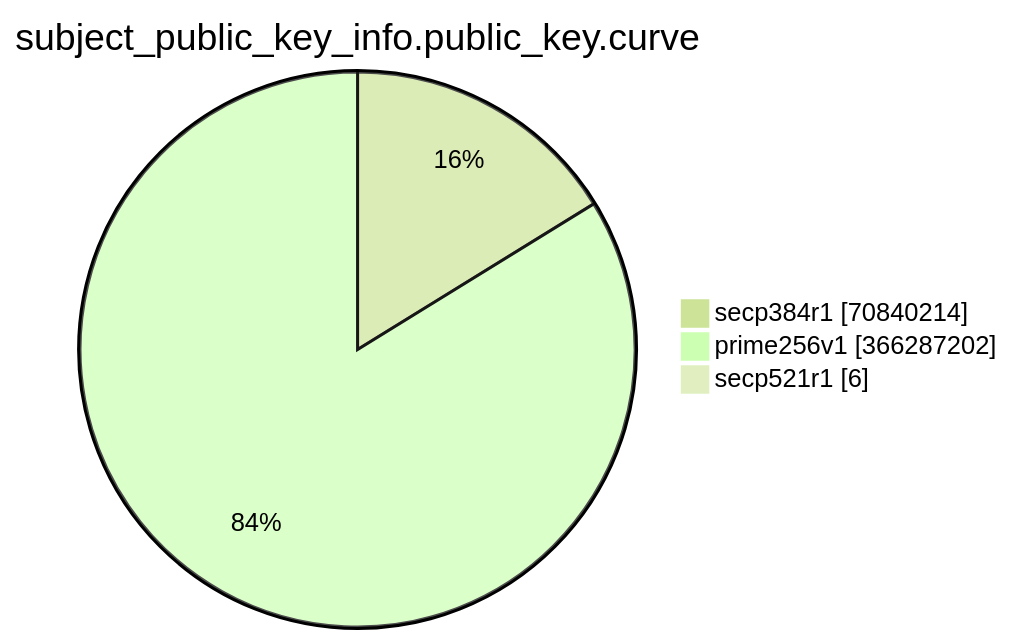
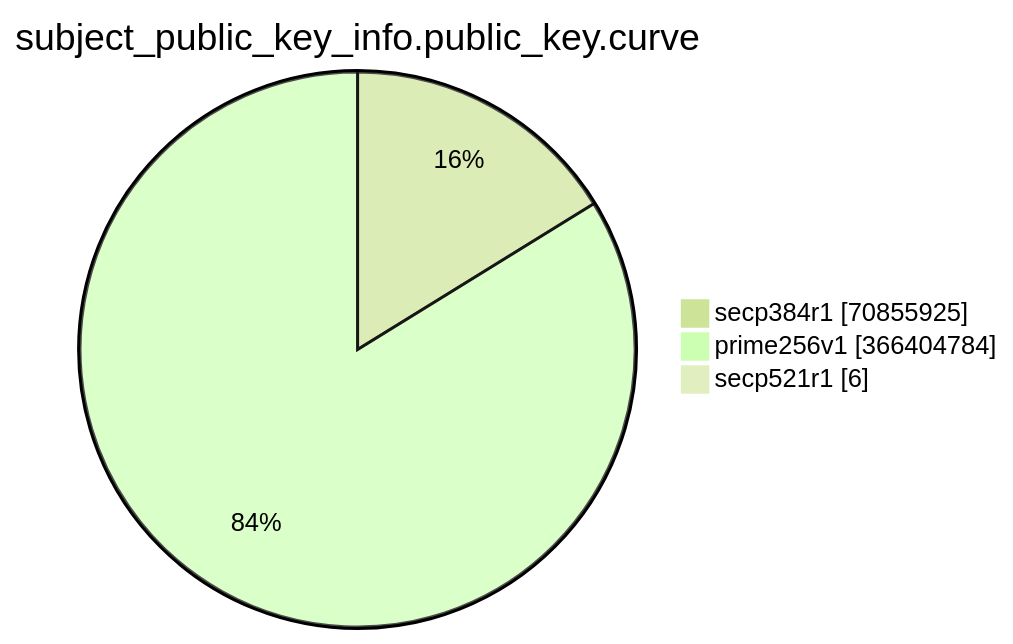
Before and after one commit to christiankrug/ctmonitor_visualization: the eighth of 15 diagrams in TOTAL/README.md, drawn with Mermaid (forest theme). The commit also changed other lines of this file, not shown here.

````diff
--- a/TOTAL/README.md
+++ b/TOTAL/README.md
@@ -3092,7 +3092,7 @@
 ```mermaid
 pie showData
 title subject_public_key_info.public_key.curve
-"secp384r1" :70840214
-"prime256v1" :366287202
+"secp384r1" :70855925
+"prime256v1" :366404784
 "secp521r1" :6
 ```
````
